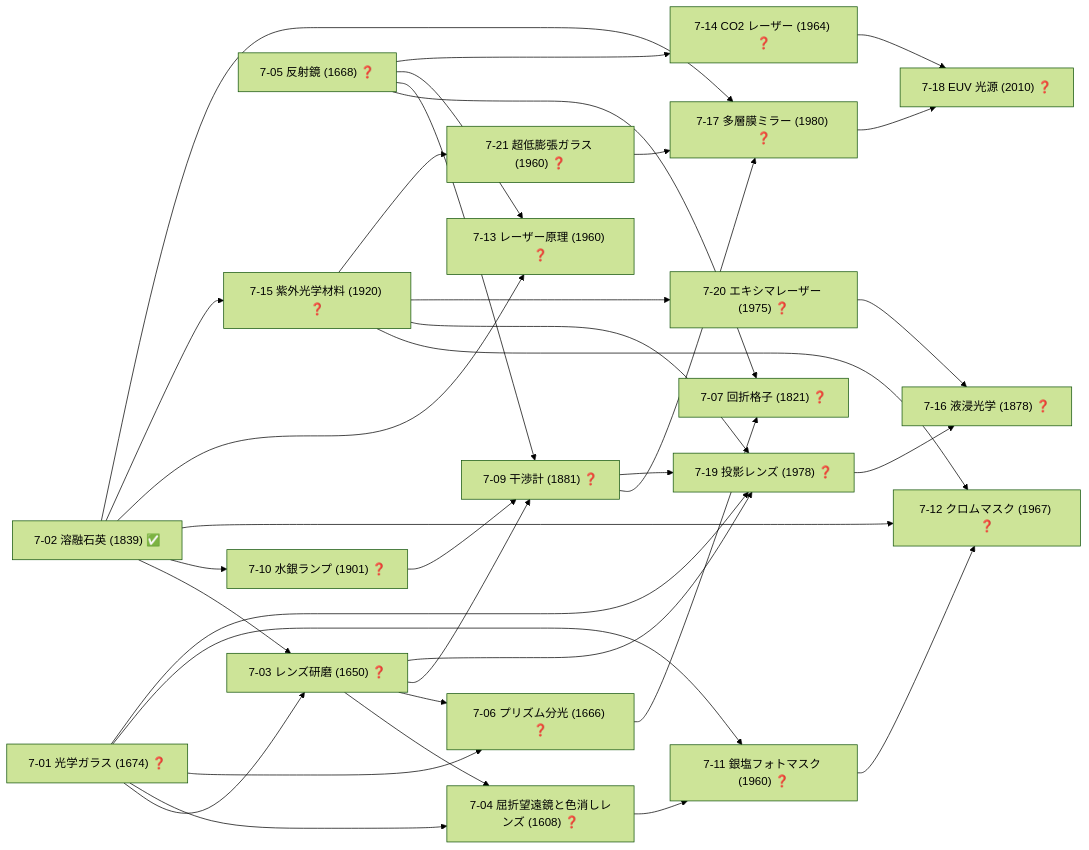
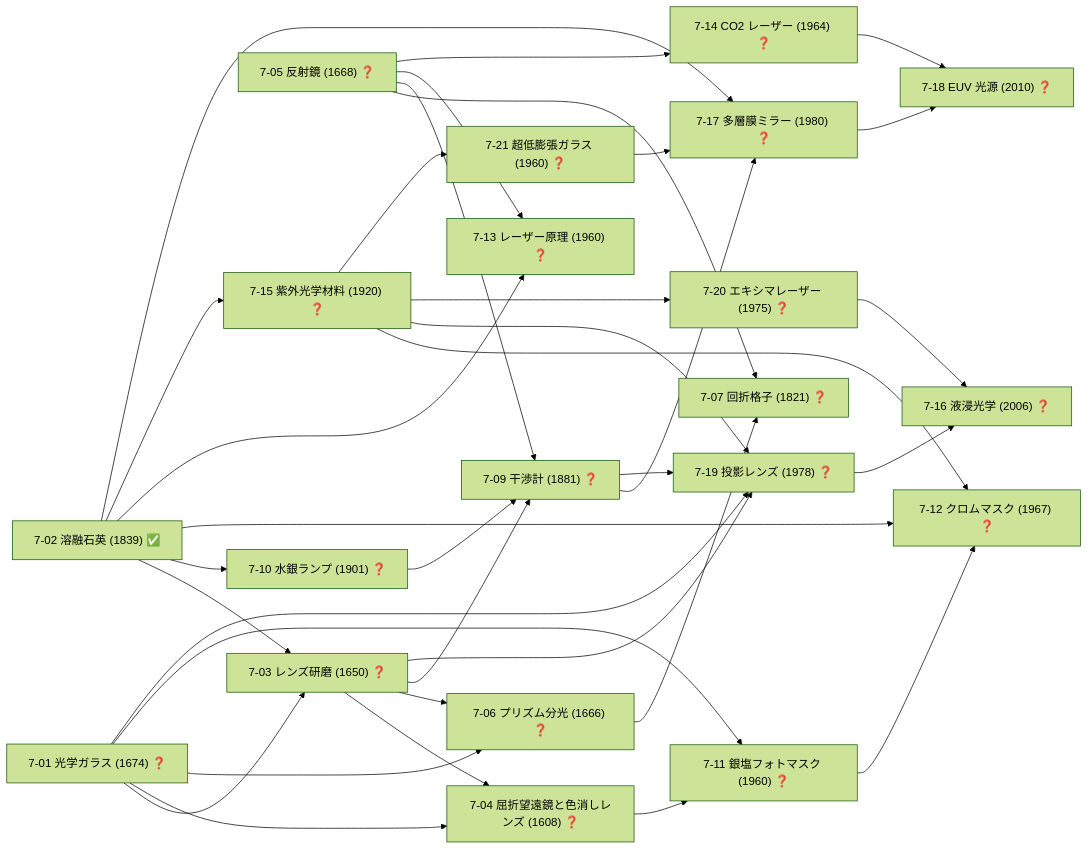
The tenth of 19 diagrams in docs/TECH_TREE_VIEW.md (taku3i0317-collab/semiconductor-lab), drawn with Mermaid (forest theme) before and after one commit. The commit also changed other lines of this file and 7 other files, not shown here.

````diff
--- a/docs/TECH_TREE_VIEW.md
+++ b/docs/TECH_TREE_VIEW.md
@@ -449,57 +450,57 @@
 ```mermaid
 graph LR
   n7_01["7-01 光学ガラス (1674) ❓"]
   n7_02["7-02 溶融石英 (1839) ✅"]
   n7_03["7-03 レンズ研磨 (1650) ❓"]
   n7_04["7-04 屈折望遠鏡と色消しレンズ (1608) ❓"]
   n7_05["7-05 反射鏡 (1668) ❓"]
   n7_06["7-06 プリズム分光 (1666) ❓"]
   n7_07["7-07 回折格子 (1821) ❓"]
   n7_09["7-09 干渉計 (1881) ❓"]
   n7_10["7-10 水銀ランプ (1901) ❓"]
   n7_11["7-11 銀塩フォトマスク (1960) ❓"]
   n7_12["7-12 クロムマスク (1967) ❓"]
   n7_13["7-13 レーザー原理 (1960) ❓"]
   n7_14["7-14 CO2 レーザー (1964) ❓"]
   n7_15["7-15 紫外光学材料 (1920) ❓"]
-  n7_16["7-16 液浸光学 (1878) ❓"]
+  n7_16["7-16 液浸光学 (2006) ❓"]
   n7_17["7-17 多層膜ミラー (1980) ❓"]
   n7_18["7-18 EUV 光源 (2010) ❓"]
   n7_19["7-19 投影レンズ (1978) ❓"]
   n7_20["7-20 エキシマレーザー (1975) ❓"]
   n7_21["7-21 超低膨張ガラス (1960) ❓"]
   n7_01-->n7_03
   n7_02-->n7_03
   n7_01-->n7_04
   n7_03-->n7_04
   n7_01-->n7_06
   n7_03-->n7_06
   n7_05-->n7_07
   n7_06-->n7_07
   n7_03-->n7_09
   n7_05-->n7_09
   n7_10-->n7_09
   n7_02-->n7_10
   n7_01-->n7_11
   n7_04-->n7_11
   n7_02-->n7_12
   n7_11-->n7_12
   n7_15-->n7_12
   n7_02-->n7_13
   n7_05-->n7_13
   n7_05-->n7_14
   n7_02-->n7_15
   n7_19-->n7_16
   n7_20-->n7_16
   n7_02-->n7_17
   n7_09-->n7_17
   n7_21-->n7_17
   n7_14-->n7_18
   n7_17-->n7_18
   n7_01-->n7_19
   n7_03-->n7_19
   n7_09-->n7_19
   n7_15-->n7_19
   n7_15-->n7_20
   n7_15-->n7_21
 ```
````
